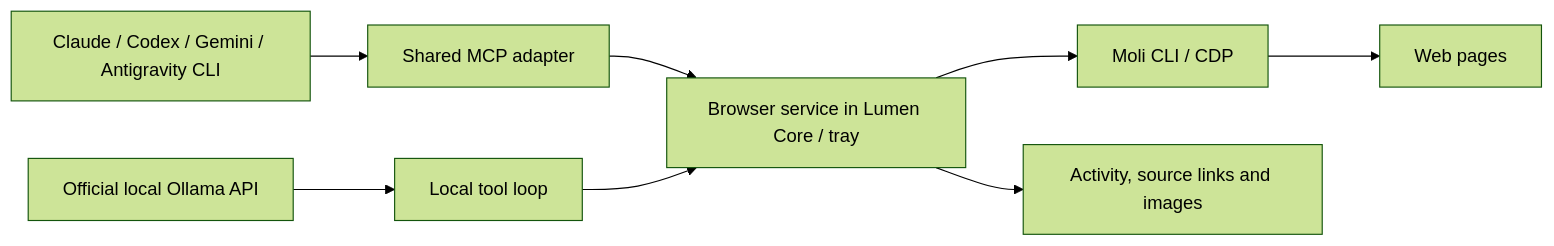
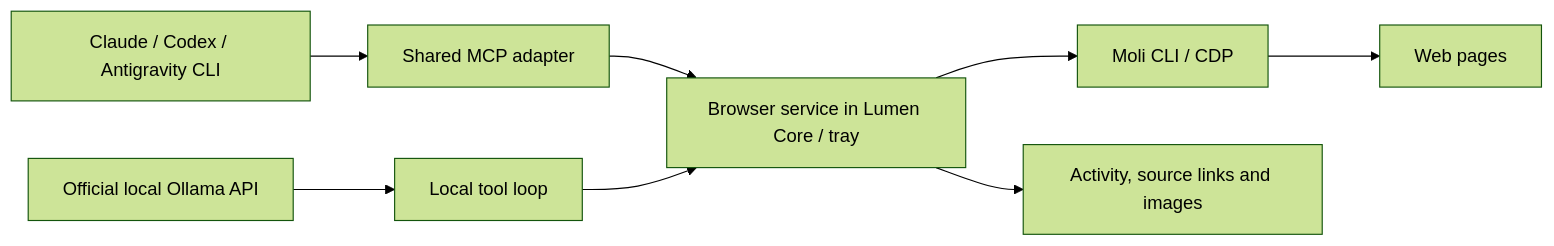
The diagram in docs/moli.md (Andrea17982/Lumen), drawn with Mermaid (forest theme) before and after one commit. The commit also changed other lines of this file and 302 other files, not shown here.

````diff
--- a/docs/moli.md
+++ b/docs/moli.md
@@ -38,10 +13,10 @@
 ```mermaid
 flowchart LR
-    CLI["Claude / Codex / Gemini / Antigravity CLI"] --> MCP["Shared MCP adapter"]
+    CLI["Claude / Codex / Antigravity CLI"] --> MCP["Shared MCP adapter"]
     O["Official local Ollama API"] --> T["Local tool loop"]
     MCP --> L["Browser service in Lumen Core / tray"]
     T --> L
     L --> M["Moli CLI / CDP"]
     M --> W["Web pages"]
     L --> UI["Activity, source links and images"]
 ```
````
